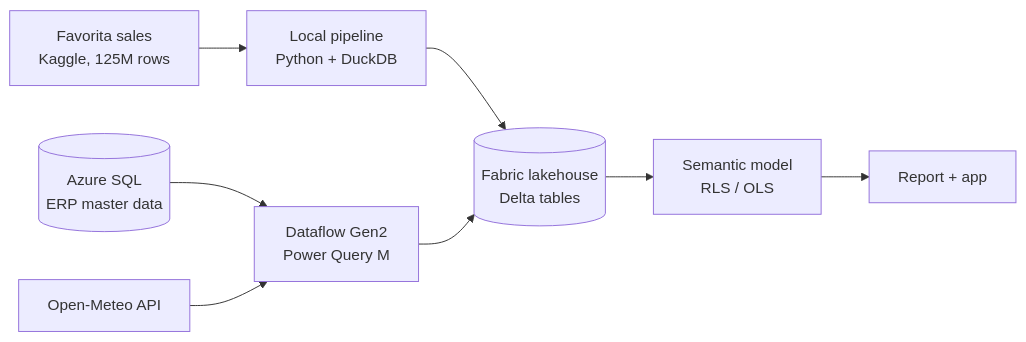
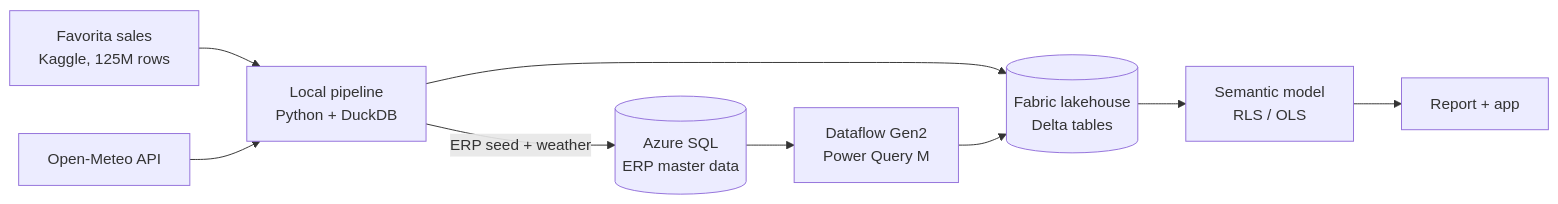
The diagram in README.md (zakaria17amir/store-performance-fabric), drawn with Mermaid before and after one commit. The commit also changed 14 other files, not shown here.

Commit message:
feat: load daily weather into the ERP database; the dataflow joins it instead of calling the API

````diff
--- a/README.md
+++ b/README.md
@@ -43,10 +43,11 @@
 ```mermaid
 flowchart LR
     K["Favorita sales<br/>Kaggle, 125M rows"] --> P["Local pipeline<br/>Python + DuckDB"]
-    S[("Azure SQL<br/>ERP master data")] --> DF["Dataflow Gen2<br/>Power Query M"]
-    W["Open-Meteo API"] --> DF
+    W["Open-Meteo API"] --> P
+    P -->|"ERP seed + weather"| S[("Azure SQL<br/>ERP master data")]
+    S --> DF["Dataflow Gen2<br/>Power Query M"]
     P --> LH[("Fabric lakehouse<br/>Delta tables")]
     DF --> LH
     LH --> SM["Semantic model<br/>RLS / OLS"]
     SM --> R["Report + app"]
 ```
````
